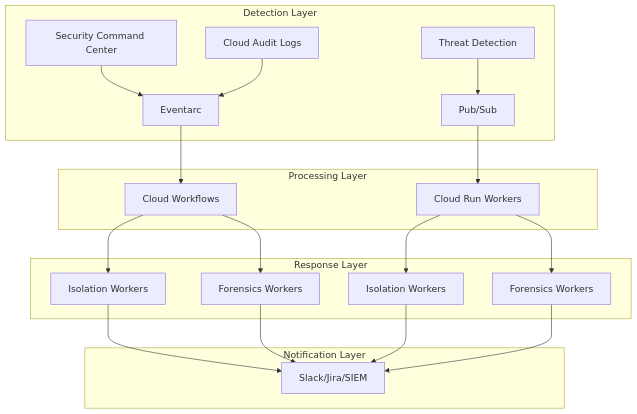
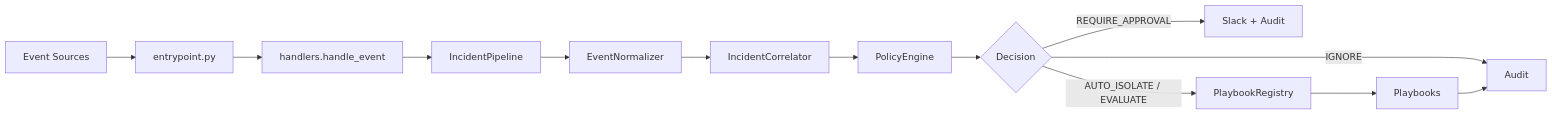
Before and after one commit to thtcsec/GCP-Serverless-SOAR: the first of 3 diagrams in README.md, drawn with Mermaid. The commit also changed other lines of this file and 33 other files, not shown here.

First line of the commit message:
Refactor GCP SOAR to unified IncidentPipeline spine.

````diff
--- a/README.md
+++ b/README.md
@@ -27,27 +24,15 @@
 ```mermaid
-flowchart TD
-    subgraph "Detection Layer"
-        A[Security Command Center] --> D[Eventarc]
-        B[Cloud Audit Logs] --> D
-        C[Threat Detection] --> E[Pub/Sub]
-    end
-    
-    subgraph "Processing Layer"
-        D --> F[Cloud Workflows]
-        E --> G[Cloud Run Workers]
-    end
-    
-    subgraph "Response Layer"
-        F --> H[Isolation Workers]
-        F --> I[Forensics Workers]
-        G --> J[Isolation Workers]
-        G --> K[Forensics Workers]
-    end
-    
-    subgraph "Notification Layer"
-        H --> L[Slack/Jira/SIEM]
-        I --> L
-        J --> L
-        K --> L
-    end
+flowchart LR
+    A[Event Sources] --> B[entrypoint.py]
+    B --> C[handlers.handle_event]
+    C --> D[IncidentPipeline]
+    D --> E[EventNormalizer]
+    E --> F[IncidentCorrelator]
+    F --> G[PolicyEngine]
+    G --> H{Decision}
+    H -->|IGNORE| I[Audit]
+    H -->|REQUIRE_APPROVAL| J[Slack + Audit]
+    H -->|AUTO_ISOLATE / EVALUATE| K[PlaybookRegistry]
+    K --> L[Playbooks]
+    L --> I
 ```
````
